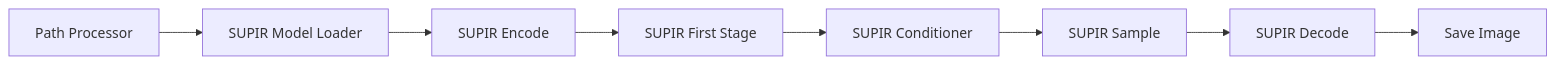
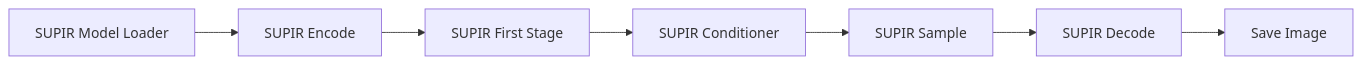
The first of 3 diagrams in README.md (axunrun/Axun_Nodes), drawn with Mermaid before and after one commit. The commit also changed other lines of this file, not shown here.

Commit message:
docs: 修正工作流程图，更正节点连接关系

````diff
--- a/README.md
+++ b/README.md
@@ -182,10 +182,9 @@
 ```mermaid
 graph LR
-    A[Path Processor] --> B[SUPIR Model Loader]
-    B --> C[SUPIR Encode]
-    C --> D[SUPIR First Stage]
-    D --> E[SUPIR Conditioner]
-    E --> F[SUPIR Sample]
-    F --> G[SUPIR Decode]
-    G --> H[Save Image]
+    A[SUPIR Model Loader] --> B[SUPIR Encode]
+    B --> C[SUPIR First Stage]
+    C --> D[SUPIR Conditioner]
+    D --> E[SUPIR Sample]
+    E --> F[SUPIR Decode]
+    F --> G[Save Image]
 ```
````
